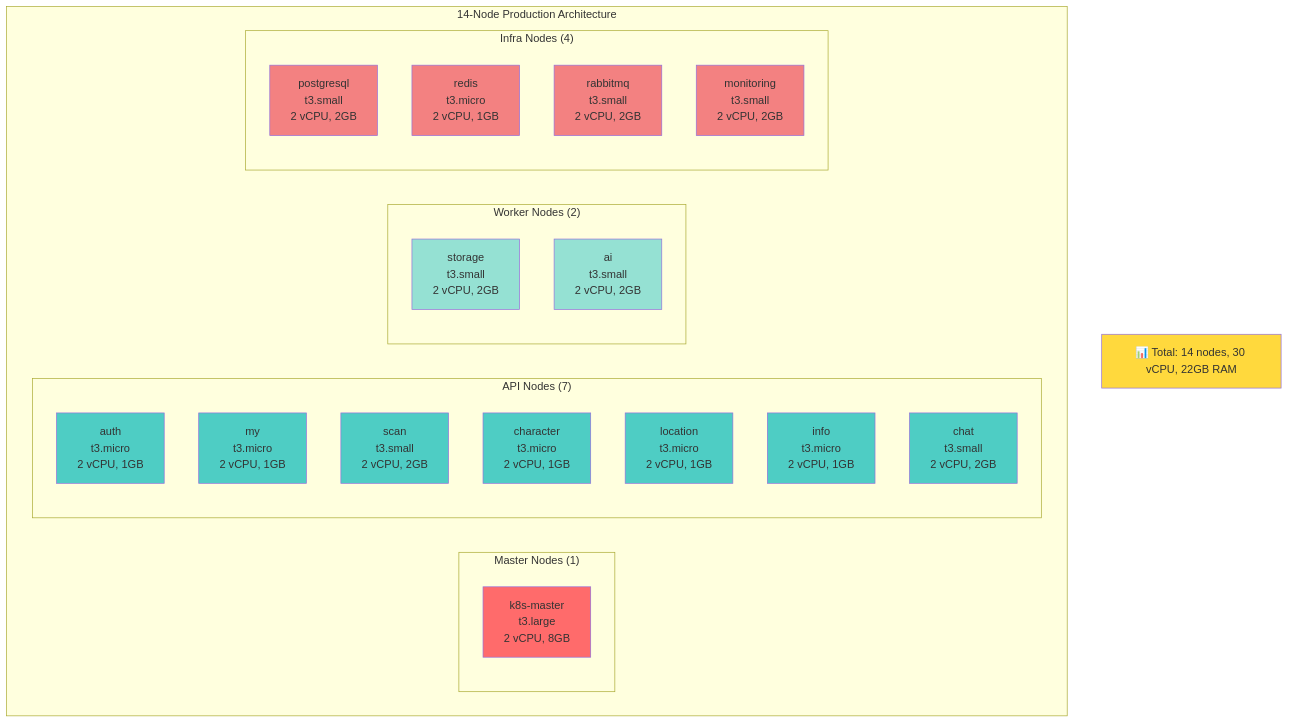
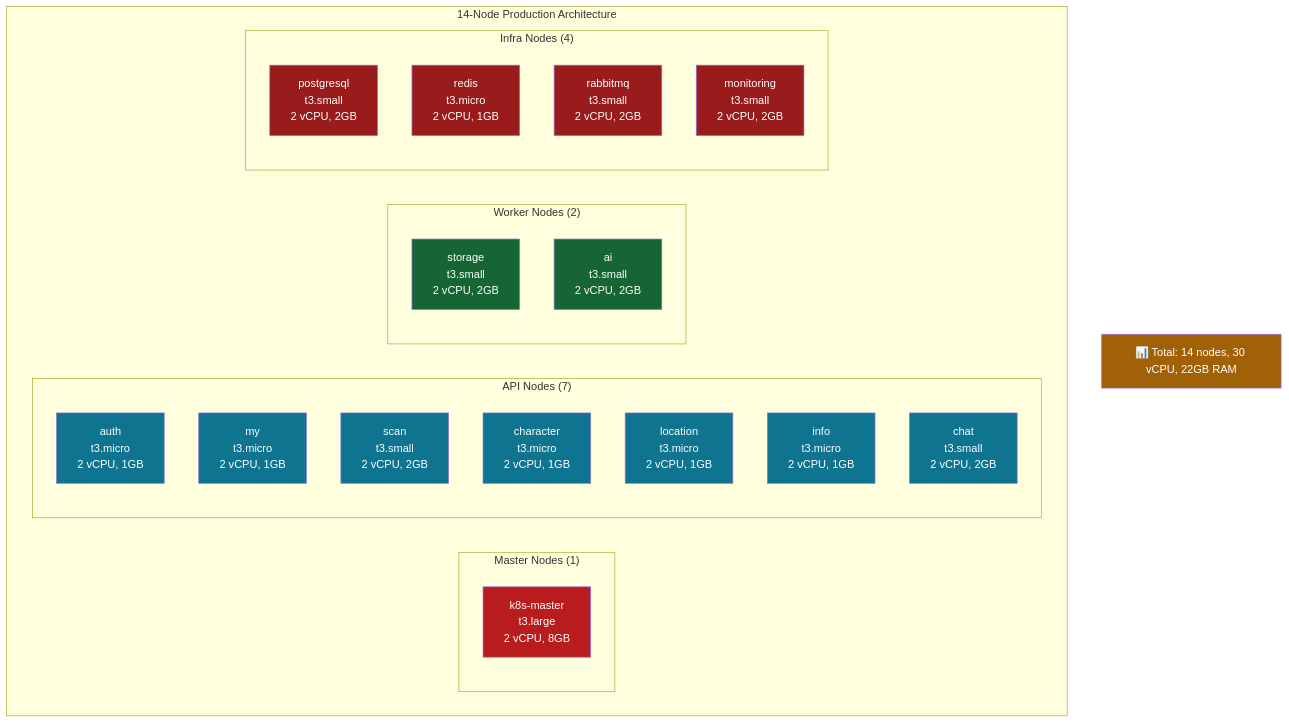
Before and after one commit to SeSACTHON/backend: the first of 5 diagrams in README.md, drawn with Mermaid. The commit also changed other lines of this file and 24 other files, not shown here.

````diff
--- a/README.md
+++ b/README.md
@@ -65,48 +65,48 @@
 ```mermaid
 graph TB
     subgraph "14-Node Production Architecture"
         subgraph "Master Nodes (1)"
             M[k8s-master<br/>t3.large<br/>2 vCPU, 8GB]
         end
         
         subgraph "API Nodes (7)"
             A1[auth<br/>t3.micro<br/>2 vCPU, 1GB]
             A2[my<br/>t3.micro<br/>2 vCPU, 1GB]
             A3[scan<br/>t3.small<br/>2 vCPU, 2GB]
             A4[character<br/>t3.micro<br/>2 vCPU, 1GB]
             A5[location<br/>t3.micro<br/>2 vCPU, 1GB]
             A6[info<br/>t3.micro<br/>2 vCPU, 1GB]
             A7[chat<br/>t3.small<br/>2 vCPU, 2GB]
         end
         
         subgraph "Worker Nodes (2)"
             W1[storage<br/>t3.small<br/>2 vCPU, 2GB]
             W2[ai<br/>t3.small<br/>2 vCPU, 2GB]
         end
         
         subgraph "Infra Nodes (4)"
             I1[postgresql<br/>t3.small<br/>2 vCPU, 2GB]
             I2[redis<br/>t3.micro<br/>2 vCPU, 1GB]
             I3[rabbitmq<br/>t3.small<br/>2 vCPU, 2GB]
             I4[monitoring<br/>t3.small<br/>2 vCPU, 2GB]
         end
     end
     
     Total["📊 Total: 14 nodes, 30 vCPU, 22GB RAM"]
     
-    style M fill:#ff6b6b
-    style A1 fill:#4ecdc4
-    style A2 fill:#4ecdc4
-    style A3 fill:#4ecdc4
-    style A4 fill:#4ecdc4
-    style A5 fill:#4ecdc4
-    style A6 fill:#4ecdc4
-    style A7 fill:#4ecdc4
-    style W1 fill:#95e1d3
-    style W2 fill:#95e1d3
-    style I1 fill:#f38181
-    style I2 fill:#f38181
-    style I3 fill:#f38181
-    style I4 fill:#f38181
-    style Total fill:#ffd93d
+    style M fill:#b91c1c,color:#fff
+    style A1 fill:#0e7490,color:#fff
+    style A2 fill:#0e7490,color:#fff
+    style A3 fill:#0e7490,color:#fff
+    style A4 fill:#0e7490,color:#fff
+    style A5 fill:#0e7490,color:#fff
+    style A6 fill:#0e7490,color:#fff
+    style A7 fill:#0e7490,color:#fff
+    style W1 fill:#166534,color:#fff
+    style W2 fill:#166534,color:#fff
+    style I1 fill:#991b1b,color:#fff
+    style I2 fill:#991b1b,color:#fff
+    style I3 fill:#991b1b,color:#fff
+    style I4 fill:#991b1b,color:#fff
+    style Total fill:#a16207,color:#fff
 ```
````
